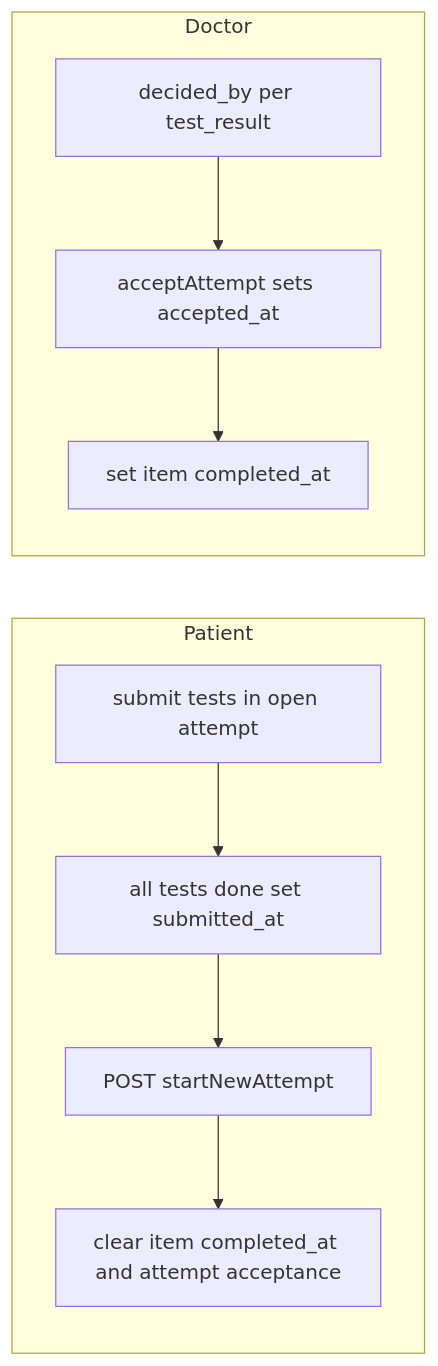
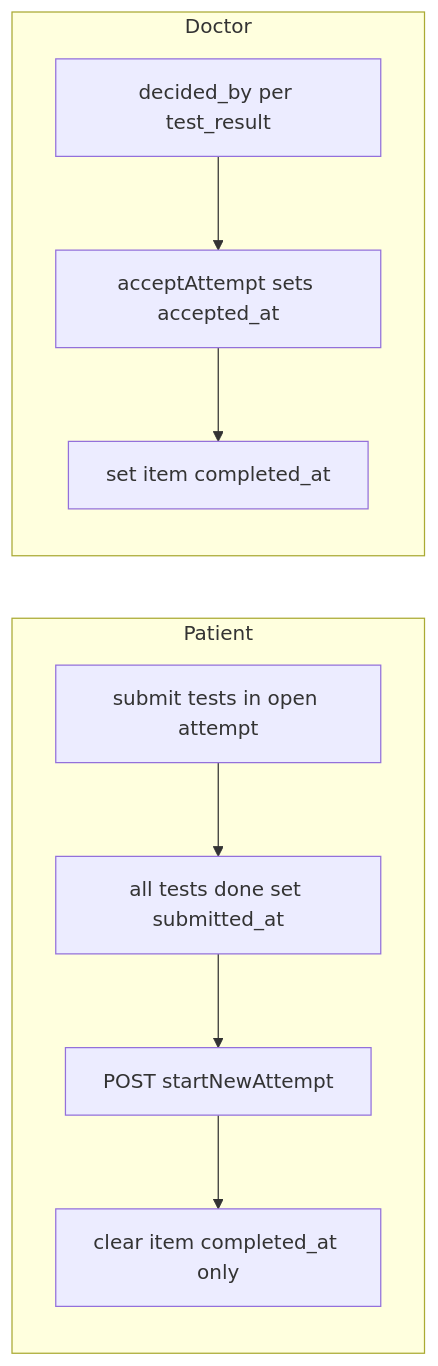
The diagram in .cursor/plans/archive/clinical_test_attempts_history.plan.md (Dimmdao2/BersonCareBot), drawn with Mermaid before and after one commit. The commit also changed other lines of this file and 71 other files, not shown here.

````diff
--- a/.cursor/plans/archive/clinical_test_attempts_history.plan.md
+++ b/.cursor/plans/archive/clinical_test_attempts_history.plan.md
@@ -62,14 +66,14 @@
 ```mermaid
 flowchart LR
   subgraph patientFlow [Patient]
     P1[submit tests in open attempt]
     P1 --> P2[all tests done set submitted_at]
     P2 --> P3[POST startNewAttempt]
-    P3 --> P4[clear item completed_at and attempt acceptance]
+    P3 --> P4[clear item completed_at only]
   end
   subgraph doctorFlow [Doctor]
     D1[decided_by per test_result]
     D1 --> D2[acceptAttempt sets accepted_at]
     D2 --> D3[set item completed_at]
   end
 ```
````
